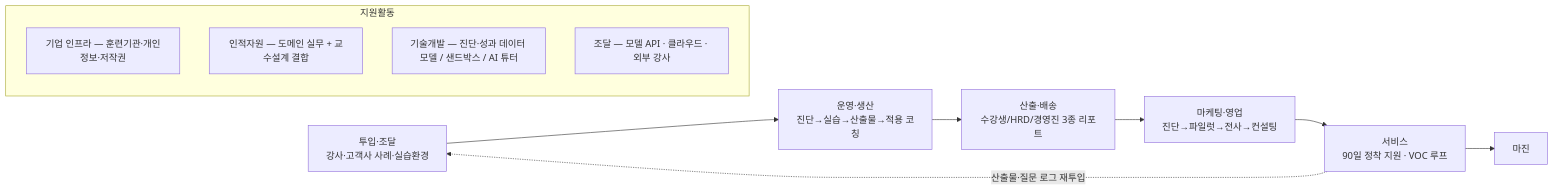
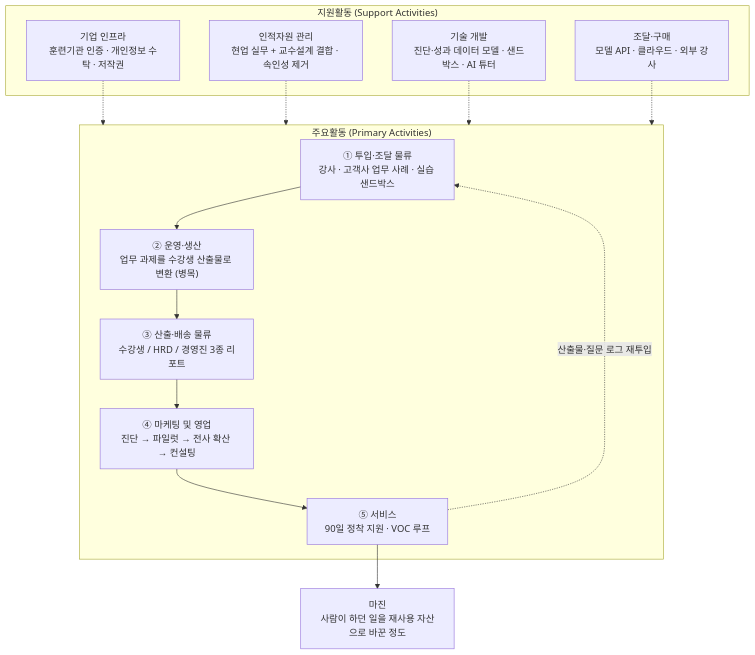
One commit to happai079/business-research-kokjip changed the diagram in 02-value-chain/case-01-ai-education-edtech.md. Above: the diagram before and after it, drawn with Mermaid. The commit also changed other lines of this file and 4 other files, not shown here.

First line of the commit message:
docs(ch02): surface the value chain overview diagram at the top

````diff
--- a/02-value-chain/case-01-ai-education-edtech.md
+++ b/02-value-chain/case-01-ai-education-edtech.md
@@ -181,15 +37,26 @@
 ```mermaid
-graph LR
-    subgraph SUP["지원활동"]
-        I["기업 인프라 — 훈련기관·개인정보·저작권"]
-        H["인적자원 — 도메인 실무 + 교수설계 결합"]
-        T["기술개발 — 진단·성과 데이터 모델 / 샌드박스 / AI 튜터"]
-        P["조달 — 모델 API · 클라우드 · 외부 강사"]
+graph TB
+    subgraph SUP["지원활동 (Support Activities)"]
+        I["기업 인프라<br/>훈련기관 인증 · 개인정보 수탁 · 저작권"]
+        H["인적자원 관리<br/>현업 실무 + 교수설계 결합 · 속인성 제거"]
+        T["기술 개발<br/>진단·성과 데이터 모델 · 샌드박스 · AI 튜터"]
+        P["조달·구매<br/>모델 API · 클라우드 · 외부 강사"]
     end
-    A1["투입·조달<br/>강사·고객사 사례·실습환경"] --> A2["운영·생산<br/>진단→실습→산출물→적용 코칭"]
-    A2 --> A3["산출·배송<br/>수강생/HRD/경영진 3종 리포트"]
-    A3 --> A4["마케팅·영업<br/>진단→파일럿→전사→컨설팅"]
-    A4 --> A5["서비스<br/>90일 정착 지원 · VOC 루프"]
+
+    subgraph PRI["주요활동 (Primary Activities)"]
+        A1["① 투입·조달 물류<br/>강사 · 고객사 업무 사례 · 실습 샌드박스"]
+        A2["② 운영·생산<br/>업무 과제를 수강생 산출물로 변환 (병목)"]
+        A3["③ 산출·배송 물류<br/>수강생 / HRD / 경영진 3종 리포트"]
+        A4["④ 마케팅 및 영업<br/>진단 → 파일럿 → 전사 확산 → 컨설팅"]
+        A5["⑤ 서비스<br/>90일 정착 지원 · VOC 루프"]
+        A1 --> A2 --> A3 --> A4 --> A5
+    end
+
+    I -.-> PRI
+    H -.-> PRI
+    T -.-> PRI
+    P -.-> PRI
+
     A5 -.->|"산출물·질문 로그 재투입"| A1
-    A5 --> M["마진"]
+    A5 --> M["마진<br/>사람이 하던 일을 재사용 자산으로 바꾼 정도"]
 ```
````
